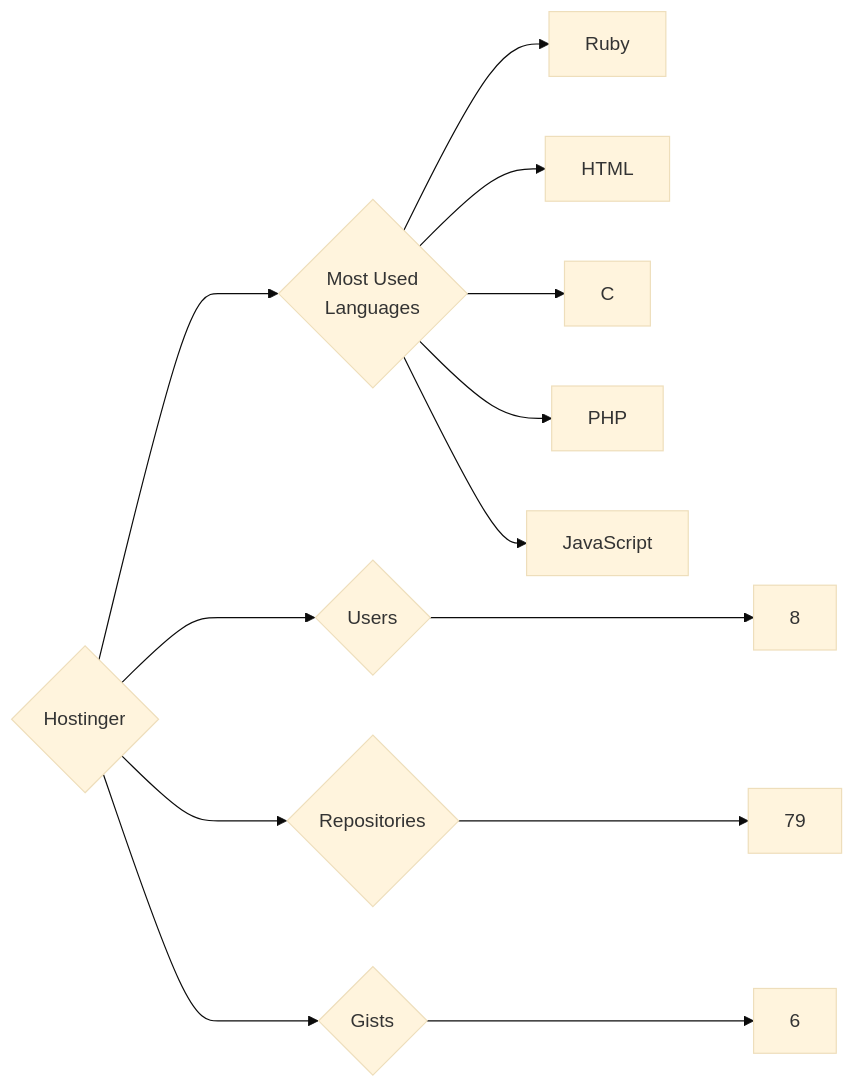
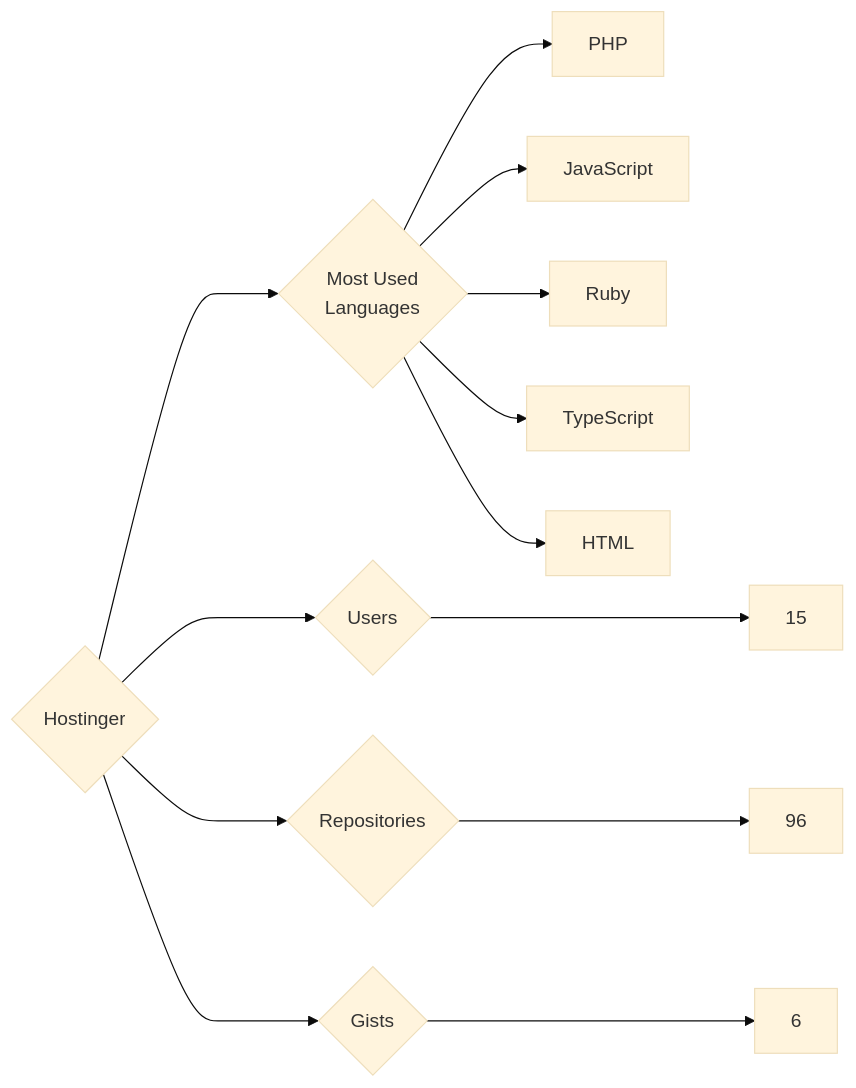
Before and after one commit to trickest/insiders: the diagram in targets/Hostinger/README.md, drawn with Mermaid (base theme). The commit also changed 895 other files, not shown here.

````diff
--- a/targets/Hostinger/README.md
+++ b/targets/Hostinger/README.md
@@ -3,13 +3,13 @@
 ```mermaid
 graph LR
 COMPANY_NAME{Hostinger}
-COMPANY_NAME ---> U{Users} ---> UN[8]
-COMPANY_NAME ---> R{Repositories} ---> RN[79]
+COMPANY_NAME ---> U{Users} ---> UN[15]
+COMPANY_NAME ---> R{Repositories} ---> RN[96]
 COMPANY_NAME ---> G{Gists} ---> GN[6]
 COMPANY_NAME ---> ML{Most Used<br>Languages}
-ML --> Ruby[Ruby]
-ML --> HTML[HTML]
-ML --> C[C]
 ML --> PHP[PHP]
 ML --> JavaScript[JavaScript]
+ML --> Ruby[Ruby]
+ML --> TypeScript[TypeScript]
+ML --> HTML[HTML]
 ```
````
